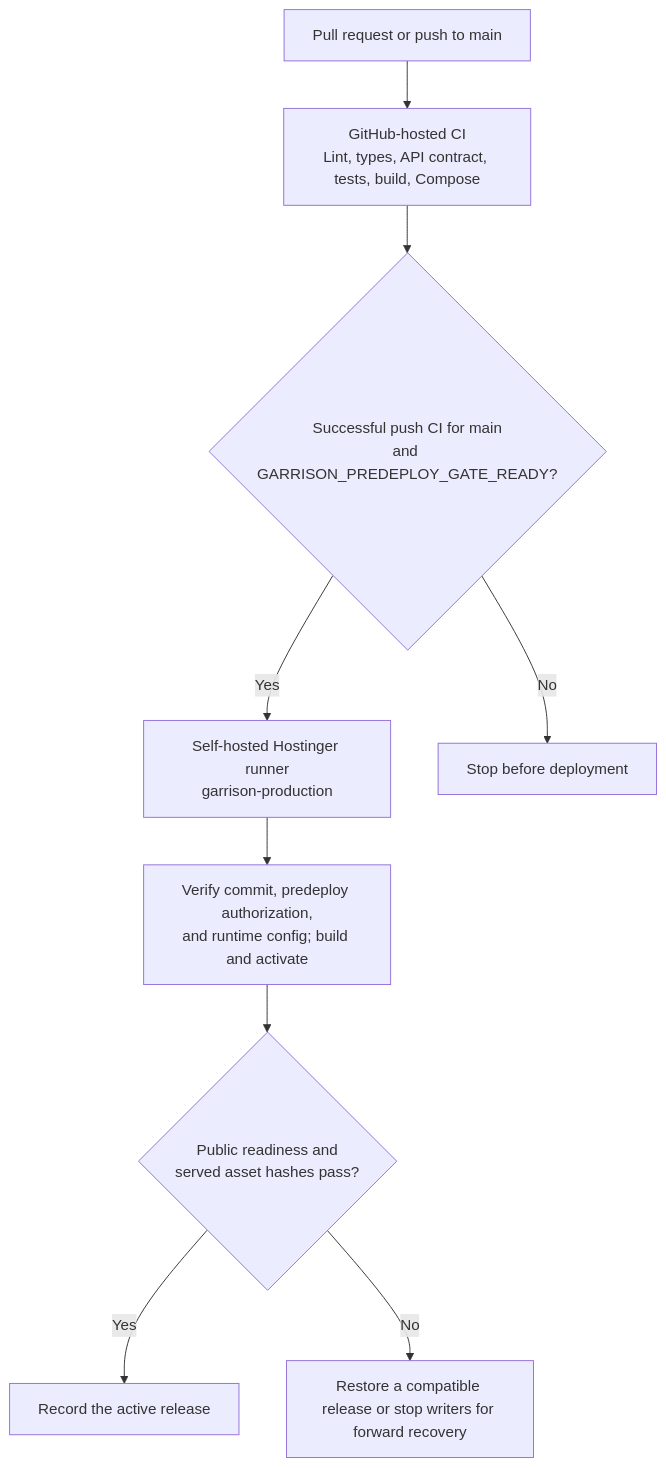
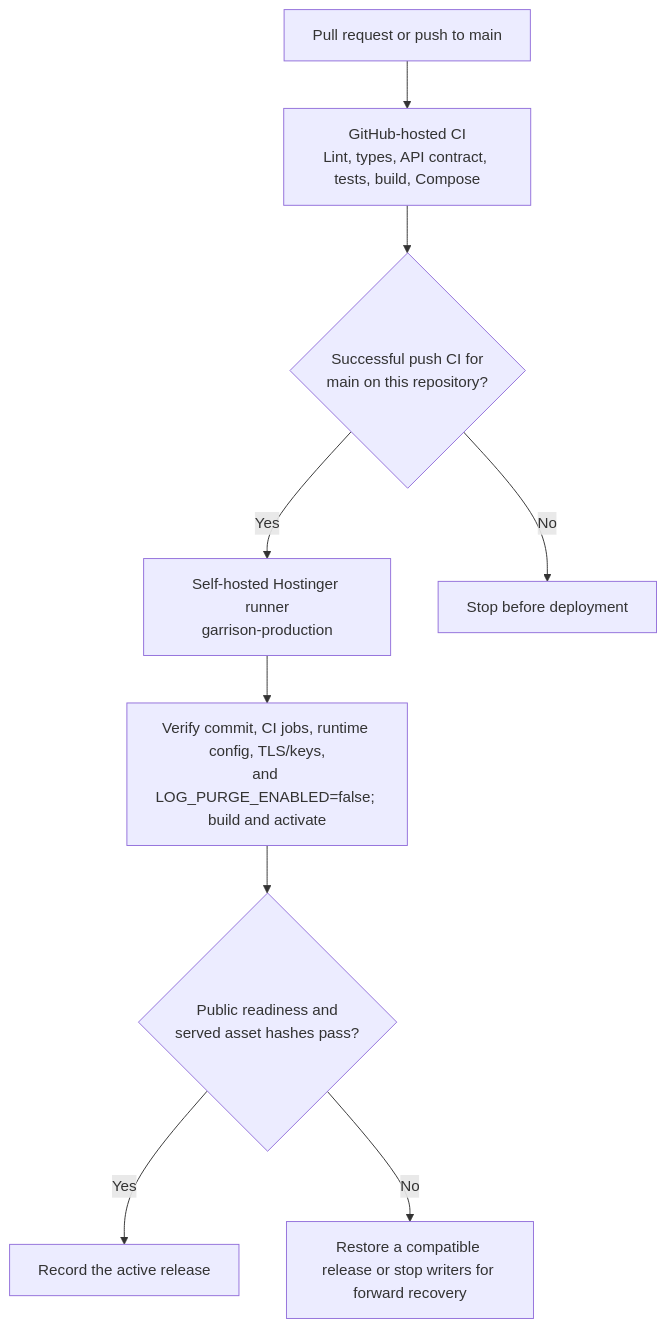
One commit to nirzaf/garrison-investments changed the third of 3 diagrams in README.md. Above: the diagram before and after it, drawn with Mermaid. The commit also changed other lines of this file and 13 other files, not shown here.

````diff
--- a/README.md
+++ b/README.md
@@ -103,11 +103,11 @@
 ```mermaid
 flowchart TB
     change["Pull request or push to main"] --> ci["GitHub-hosted CI<br/>Lint, types, API contract, tests, build, Compose"]
-    ci --> gate{"Successful push CI for main<br/>and GARRISON_PREDEPLOY_GATE_READY?"}
+    ci --> gate{"Successful push CI for<br/>main on this repository?"}
     gate -->|"Yes"| runner["Self-hosted Hostinger runner<br/>garrison-production"]
     gate -->|"No"| stop["Stop before deployment"]
-    runner --> release["Verify commit, predeploy authorization,<br/>and runtime config; build and activate"]
+    runner --> release["Verify commit, CI jobs, runtime config, TLS/keys,<br/>and LOG_PURGE_ENABLED=false; build and activate"]
     release --> smoke{"Public readiness and<br/>served asset hashes pass?"}
     smoke -->|"Yes"| receipt["Record the active release"]
     smoke -->|"No"| rollback["Restore a compatible release or stop writers for forward recovery"]
 ```
````
